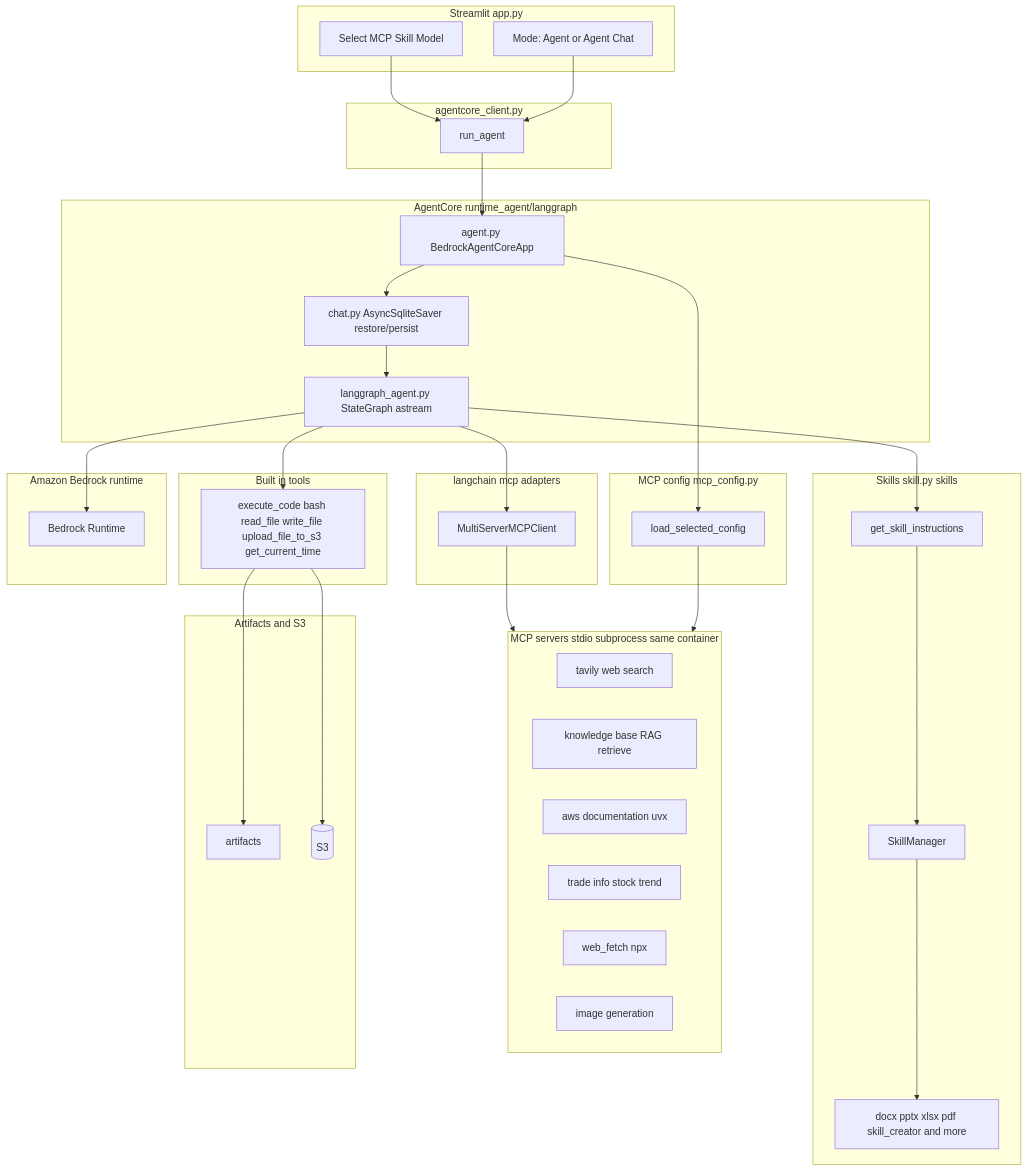
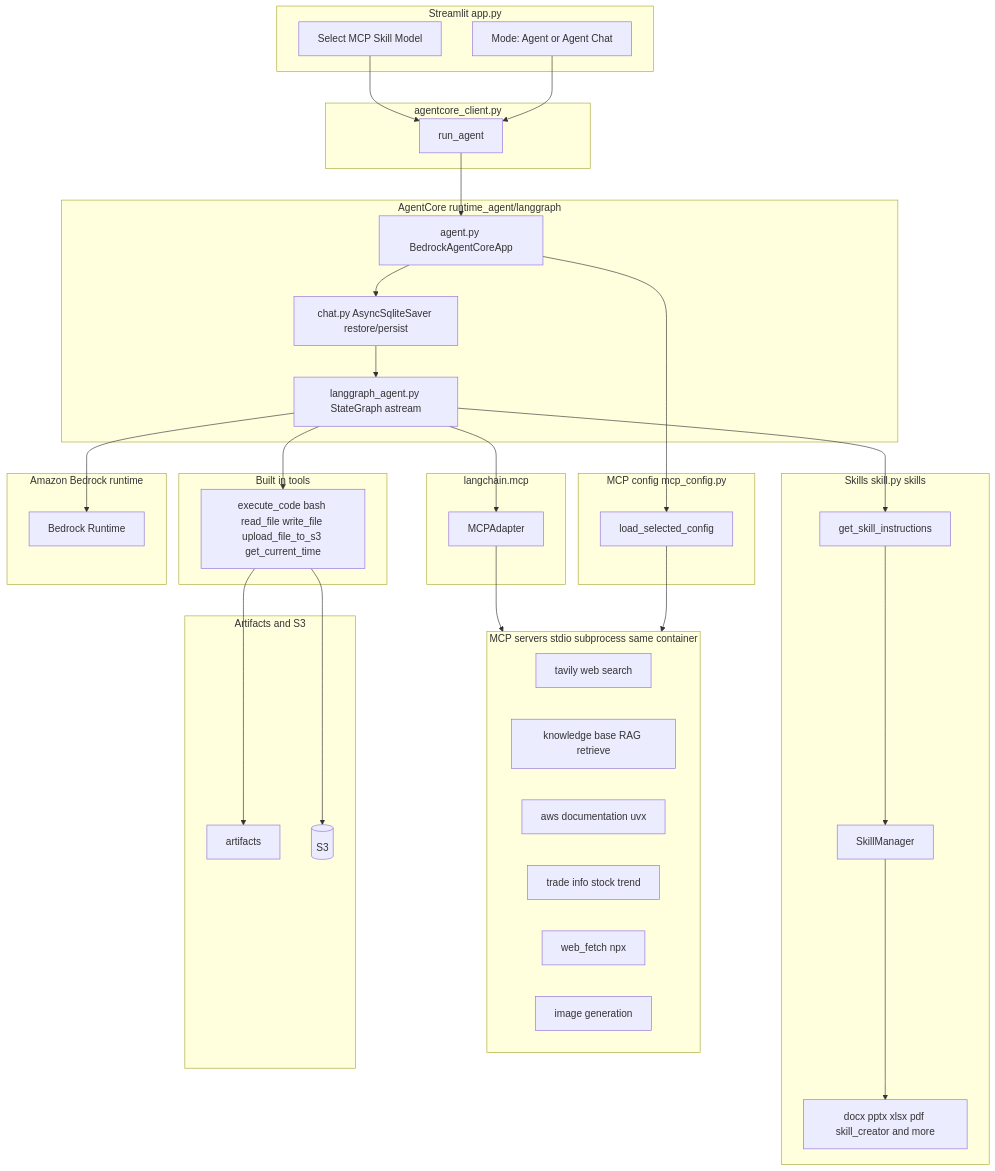
Before and after one commit to kyopark2014/agentic-work: the first of 4 diagrams in README.md, drawn with Mermaid. The commit also changed other lines of this file and 23 other files, not shown here.

First line of the commit message:
Migrate MCP stack to SDK 2.x and langchain.mcp.MCPAdapter.

````diff
--- a/README.md
+++ b/README.md
@@ -21,74 +21,74 @@
 ```mermaid
 flowchart TB
   subgraph UI["Streamlit app.py"]
     MODE["Mode: Agent or Agent Chat"]
     SEL["Select MCP Skill Model"]
   end
 
   subgraph Client["agentcore_client.py"]
     RA[run_agent]
   end
 
   subgraph Runtime["AgentCore runtime_agent/langgraph"]
     AG["agent.py BedrockAgentCoreApp"]
     CHAT["chat.py AsyncSqliteSaver restore/persist"]
     LGA["langgraph_agent.py StateGraph astream"]
   end
 
   subgraph BuiltIn["Built in tools"]
     LGB["execute_code bash read_file write_file upload_file_to_s3 get_current_time"]
   end
 
   subgraph Skills["Skills skill.py skills"]
     SKM[SkillManager]
     SKT[get_skill_instructions]
     SKD["docx pptx xlsx pdf skill_creator and more"]
   end
 
   subgraph MCPConfig["MCP config mcp_config.py"]
     LSC[load_selected_config]
   end
 
   subgraph MCPLocal["MCP servers stdio subprocess same container"]
     TV["tavily web search"]
     KB["knowledge base RAG retrieve"]
     AD["aws documentation uvx"]
     TI["trade info stock trend"]
     WF["web_fetch npx"]
     IG[image generation]
   end
 
-  subgraph MCPClient["langchain mcp adapters"]
-    LGM[MultiServerMCPClient]
+  subgraph MCPClient["langchain.mcp"]
+    LGM[MCPAdapter]
   end
 
   subgraph LLM["Amazon Bedrock runtime"]
     BR[Bedrock Runtime]
   end
 
   subgraph Storage["Artifacts and S3"]
     ART[artifacts]
     S3[(S3)]
   end
 
   MODE --> RA
   SEL --> RA
 
   RA --> AG
   AG --> CHAT
   CHAT --> LGA
   LGA --> BR
   LGA --> LGB
   LGA --> LGM
   LGA --> SKT
 
   SKT --> SKM
   SKM --> SKD
 
   AG --> LSC
   LSC --> MCPLocal
   LGM --> MCPLocal
 
   LGB --> ART
   LGB --> S3
 ```
````
